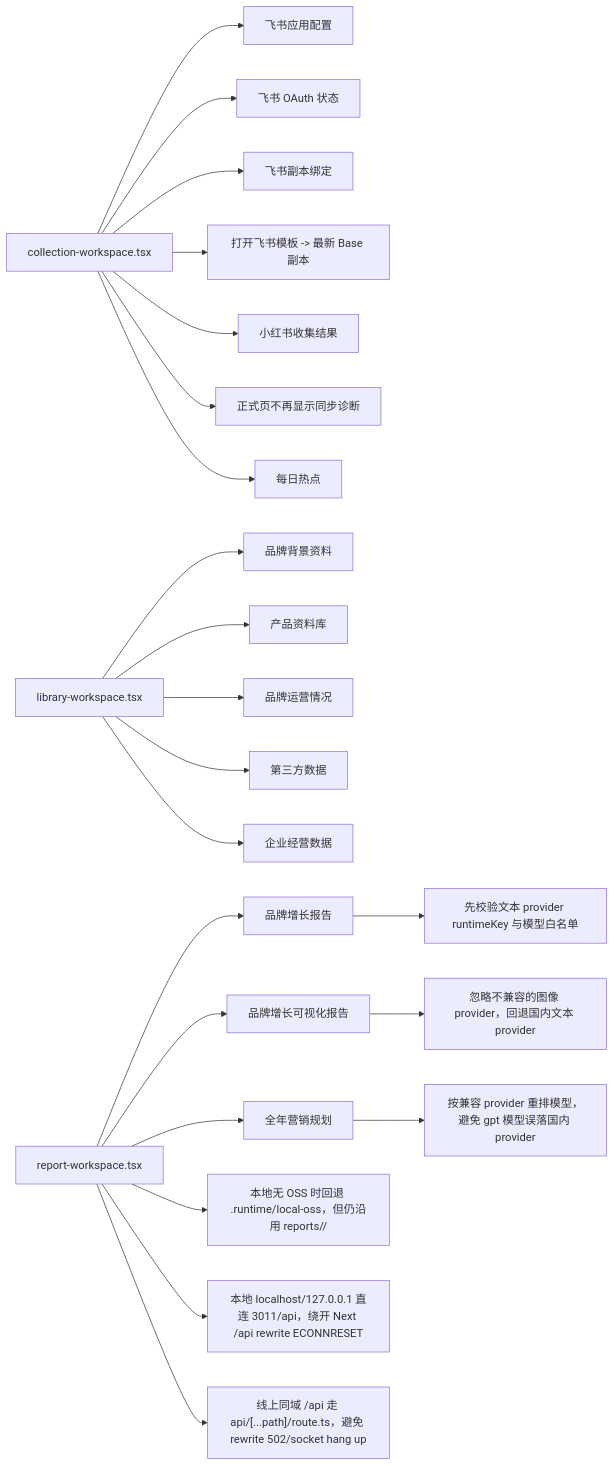
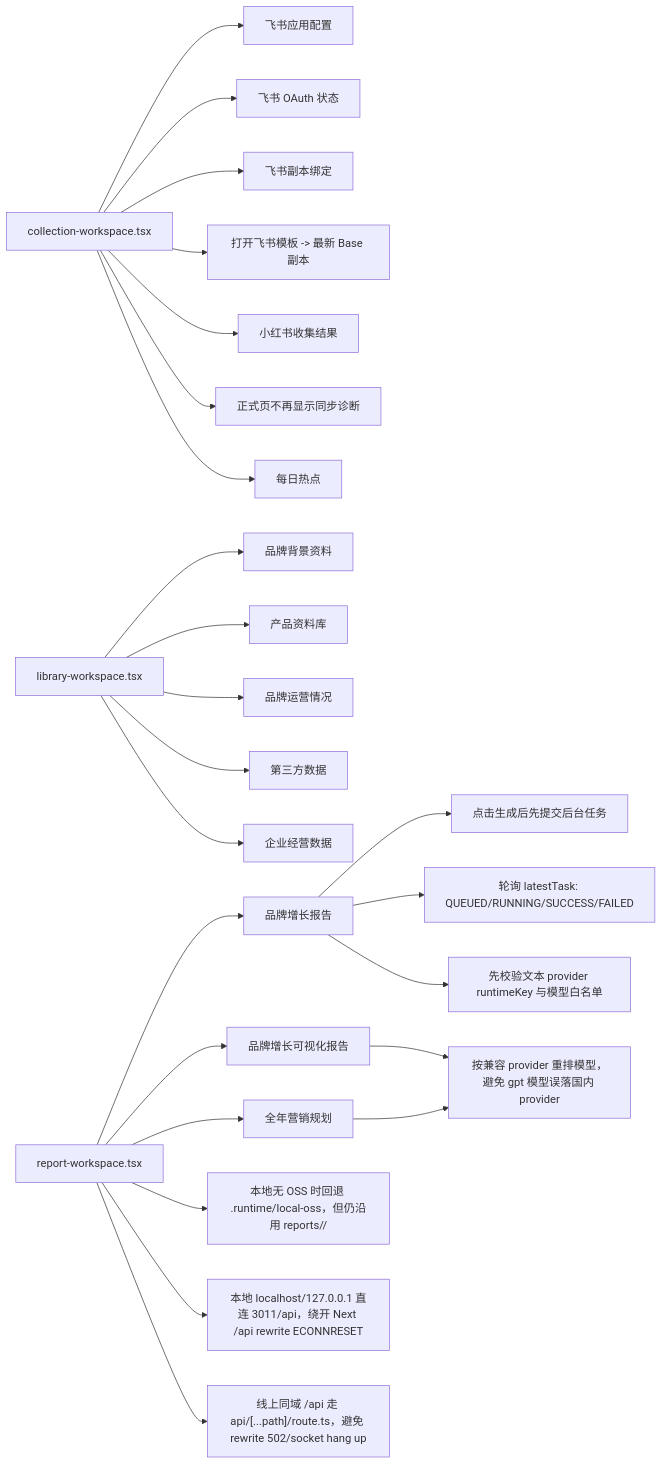
One commit to Depthukesh/ai-omni-ops-system changed the fourth of 11 diagrams in docs/site-map-mermaid.md. Above: the diagram before and after it, drawn with Mermaid. The commit also changed other lines of this file and 8 other files, not shown here.

````diff
--- a/docs/site-map-mermaid.md
+++ b/docs/site-map-mermaid.md
@@ -180,29 +181,31 @@
 ```mermaid
 flowchart LR
     A["collection-workspace.tsx"]
     A --> A1["飞书应用配置"]
     A --> A2["飞书 OAuth 状态"]
     A --> A3["飞书副本绑定"]
     A --> A31["打开飞书模板 -> 最新 Base 副本"]
     A --> A4["小红书收集结果"]
     A --> A41["正式页不再显示同步诊断"]
     A --> A5["每日热点"]
 
     B["library-workspace.tsx"]
     B --> B1["品牌背景资料"]
     B --> B2["产品资料库"]
     B --> B3["品牌运营情况"]
     B --> B4["第三方数据"]
     B --> B5["企业经营数据"]
 
     C["report-workspace.tsx"]
     C --> C1["品牌增长报告"]
     C --> C2["品牌增长可视化报告"]
     C --> C3["全年营销规划"]
-    C1 --> C11["先校验文本 provider runtimeKey 与模型白名单"]
-    C2 --> C12["忽略不兼容的图像 provider，回退国内文本 provider"]
+    C1 --> C10["点击生成后先提交后台任务"]
+    C1 --> C11["轮询 latestTask: QUEUED/RUNNING/SUCCESS/FAILED"]
+    C1 --> C12["先校验文本 provider runtimeKey 与模型白名单"]
+    C2 --> C13["忽略不兼容的图像 provider，回退国内文本 provider"]
     C3 --> C13["按兼容 provider 重排模型，避免 gpt 模型误落国内 provider"]
     C --> C14["本地无 OSS 时回退 .runtime/local-oss，但仍沿用 reports/<brandId>/<fileName>"]
     C --> C15["本地 localhost/127.0.0.1 直连 3011/api，绕开 Next /api rewrite ECONNRESET"]
     C --> C16["线上同域 /api 走 api/[...path]/route.ts，避免 rewrite 502/socket hang up"]
 ```
````
